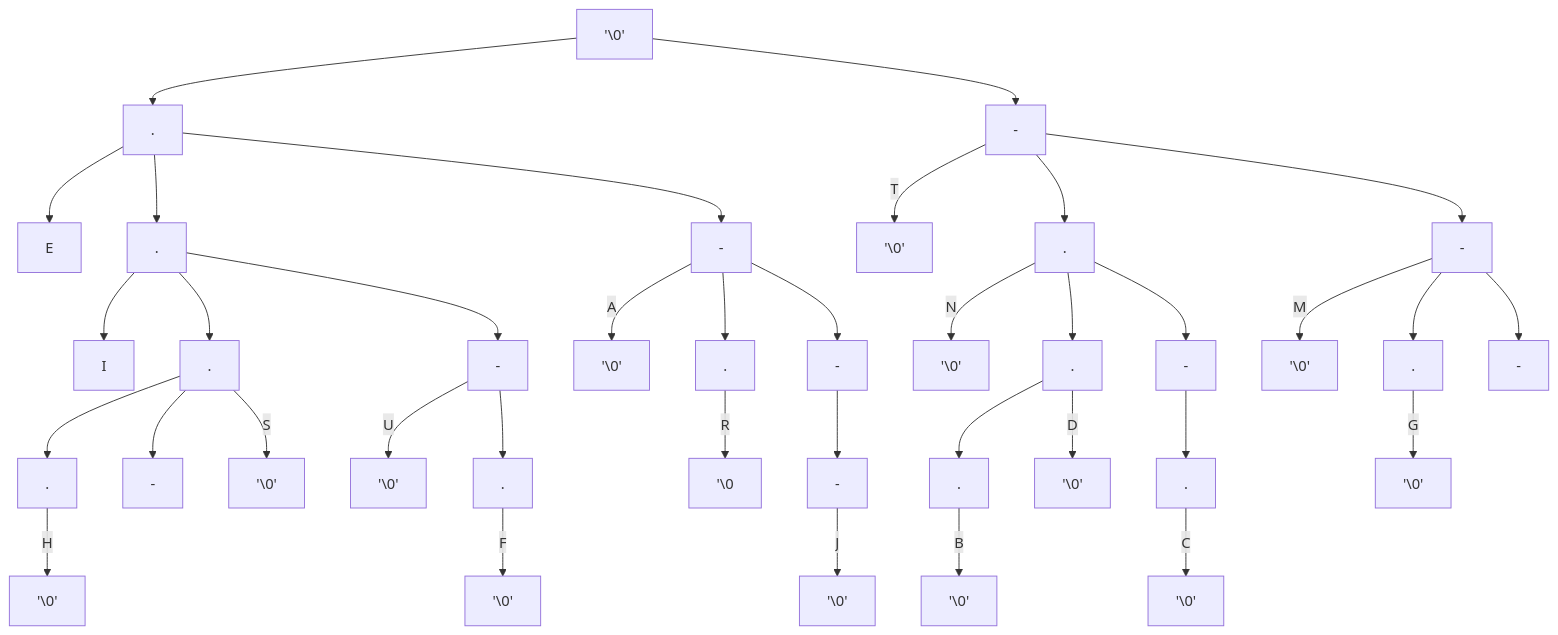
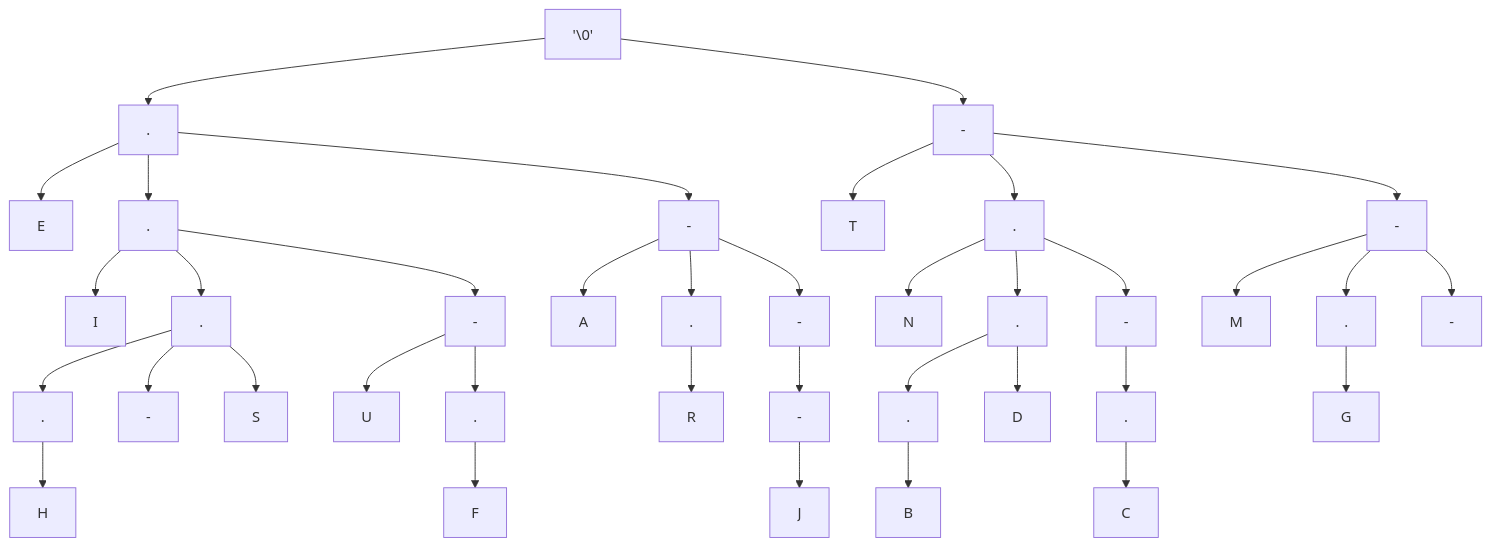
The second of 2 diagrams in morse-code/README.md (mmcnally1/arduino-projects), drawn with Mermaid before and after one commit.

````diff
--- a/morse-code/README.md
+++ b/morse-code/README.md
@@ -27,39 +27,39 @@
 ```mermaid
 graph TD;
 A['\0'] --> B[.]
 A['\0'] --> H[-]
 B[.] --> C[E]
 B[.] --> D[.]
 D[.] --> E[I]
 B[.] --> F[-]
-F[-] -- A --> G['\0']
-H[-] -- T --> I['\0']
+F[-] --> G[A]
+H[-] --> I[T]
 H[-] --> J[.]
-J[.] -- N --> K['\0']
+J[.] --> K[N]
 H[-] --> L[-]
-L[-] -- M --> M['\0']
+L[-] --> M[M]
 D[.] --> N[.]
 D[.] --> O[-]
 L[-] --> P[.]
 L[-] --> Q[-]
 F[-] --> R[.]
 F[-] --> S[-]
 N[.] --> T[.]
 N[.] --> U[-]
-N[.] -- S --> V['\0']
+N[.] --> V[S]
 J[.] --> W[.]
 J[.] --> X[-]
-O[-] -- U --> Y['\0']
-R[.] -- R --> Z['\0]
+O[-] --> Y[U]
+R[.] --> Z[R]
 W[.] --> AA[.]
-AA[.] -- B --> AB['\0']
+AA[.] --> AB[B]
 X[-] --> AC[.]
-AC[.] -- C --> AD['\0']
-W[.] -- D --> AE['\0']
+AC[.] --> AD[C]
+W[.] --> AE[D]
 O[-] --> AF[.]
-AF[.] -- F --> AG['\0']
-P[.] -- G --> AH['\0']
-T[.] -- H --> AI['\0']
+AF[.] --> AG[F]
+P[.] --> AH[G]
+T[.] --> AI[H]
 S[-] --> AJ[-]
-AJ[-] -- J --> Ak['\0']
+AJ[-] --> Ak[J]
 ```
````
